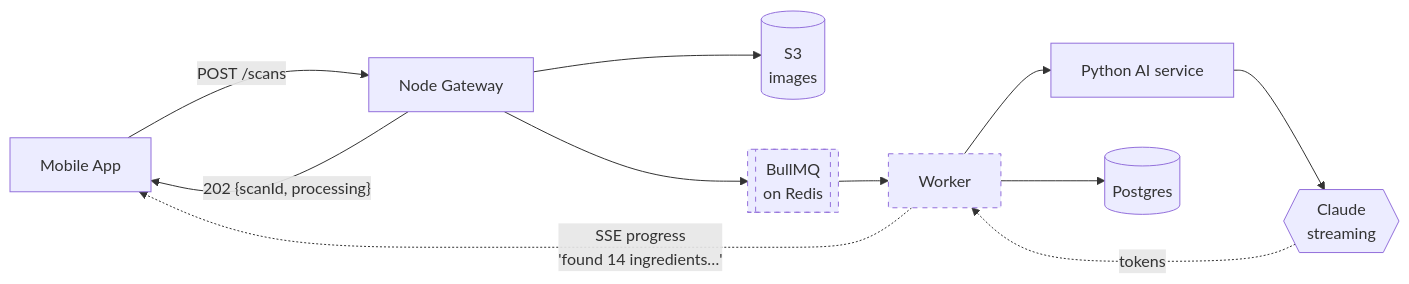
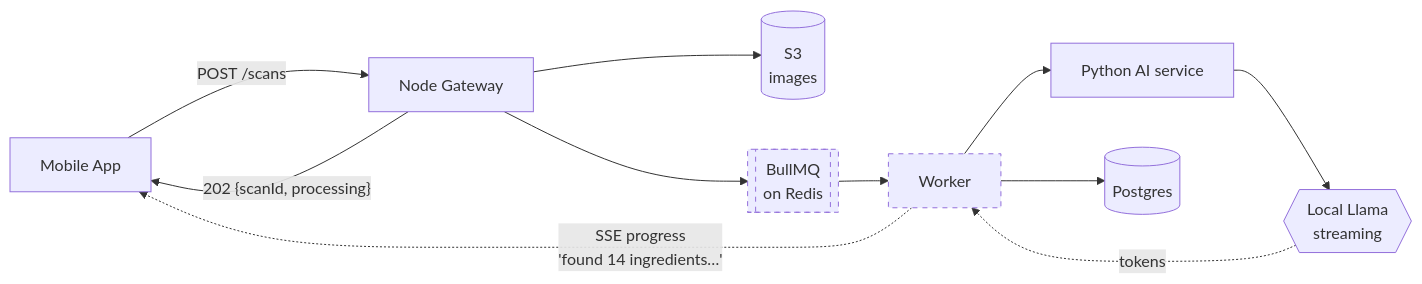
The sixth of 6 diagrams in labelwise-scaffold/labelwise/docs/architecture-diagram.md (dipal0708/ScanBite), drawn with Mermaid before and after one commit. The commit also changed other lines of this file and 8 other files, not shown here.

````diff
--- a/labelwise-scaffold/labelwise/docs/architecture-diagram.md
+++ b/labelwise-scaffold/labelwise/docs/architecture-diagram.md
@@ -264,16 +264,16 @@
 ```mermaid
 flowchart LR
     App["Mobile App"] -->|"POST /scans"| API["Node Gateway"]
     API -->|"202 {scanId, processing}"| App
     API --> S3[("S3<br/>images")]
     API --> Q[["BullMQ<br/>on Redis"]]
     Q --> W["Worker"]
     W --> AI["Python AI service"]
-    AI --> C{{"Claude<br/>streaming"}}
+    AI --> C{{"Local Llama<br/>streaming"}}
     C -.->|"tokens"| W
     W --> PG[("Postgres")]
     W -.->|"SSE progress<br/>'found 14 ingredients…'"| App
 
     style Q stroke-dasharray: 5 5
     style W stroke-dasharray: 5 5
 ```
````
